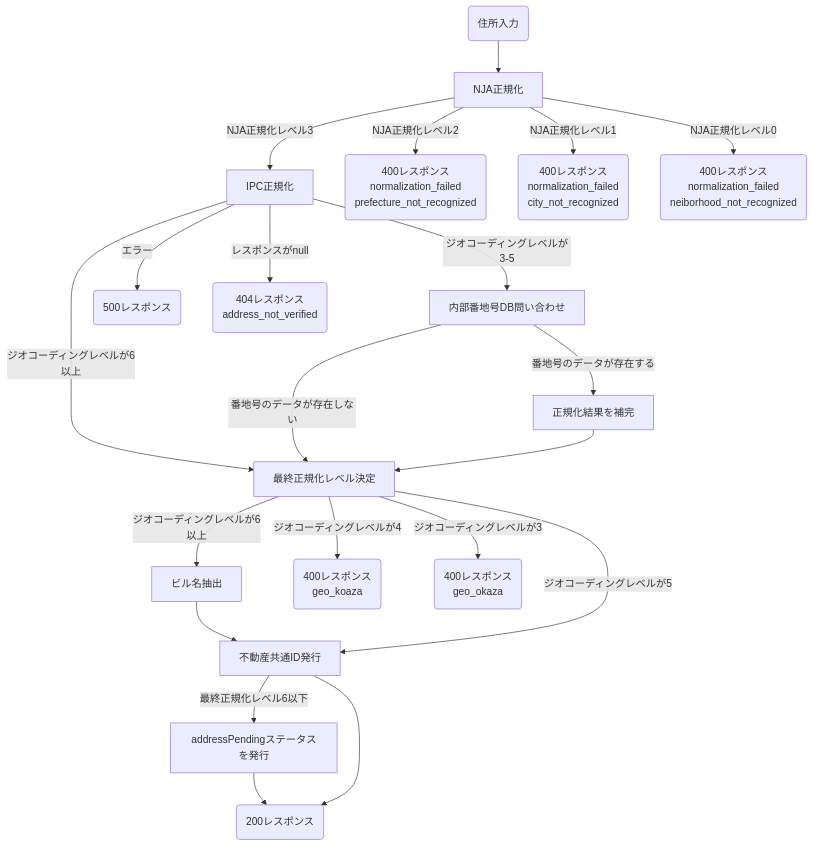
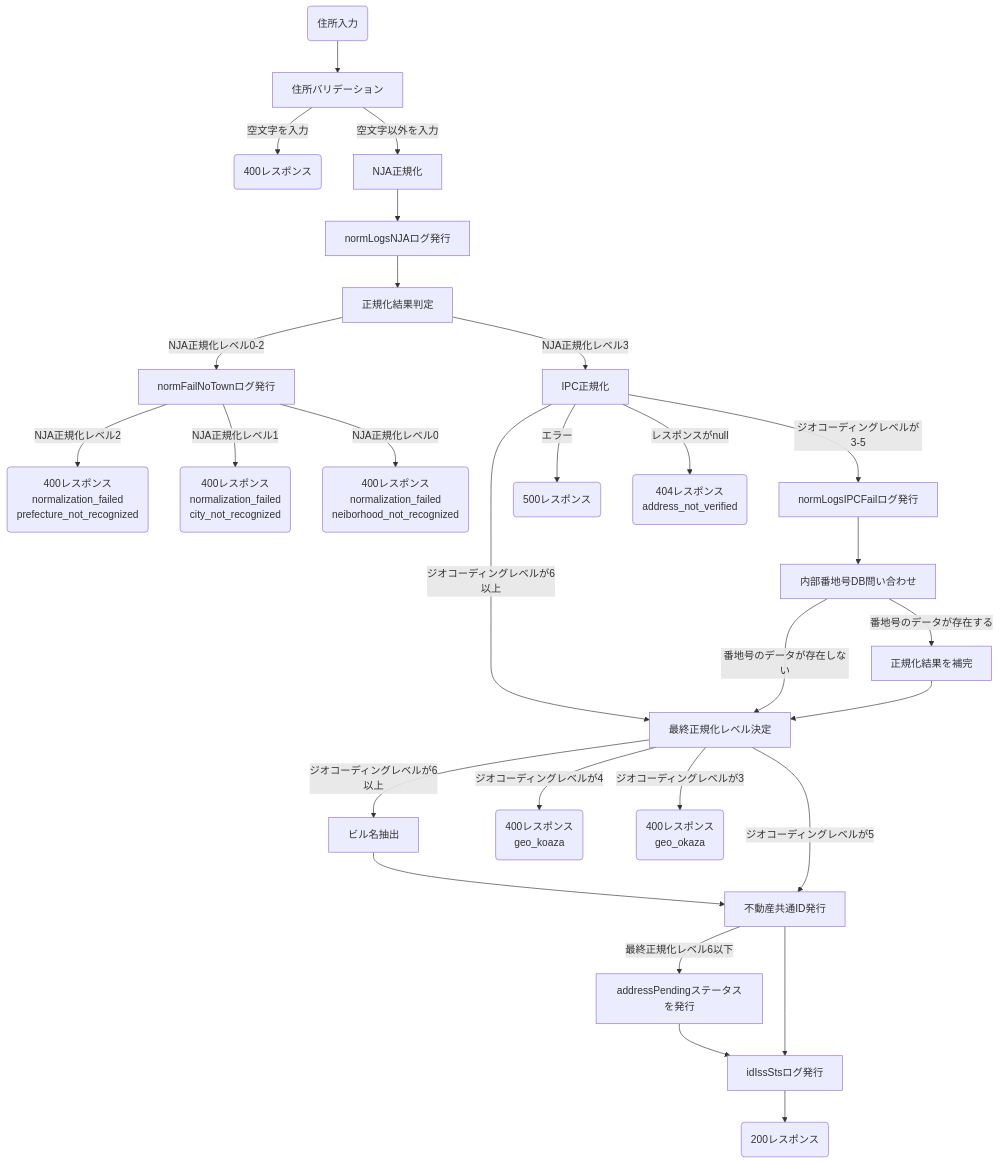
Before and after one commit to geolonia/prop-id-api: the diagram in docs/id-issuance-flow.md, drawn with Mermaid.

Commit message:
Add logging process with flow diagram

````diff
--- a/docs/id-issuance-flow.md
+++ b/docs/id-issuance-flow.md
@@ -3,26 +3,36 @@
 ```mermaid
 graph TD
 
-input(住所入力) --> NJA_norm[NJA正規化]
+input(住所入力) --> validation[住所バリデーション]
 
-NJA_norm -- NJA正規化レベル3 --> IPC_norm[IPC正規化]
-NJA_norm -- NJA正規化レベル2 --> NJA_error_2(400レスポンス<br>normalization_failed<br>prefecture_not_recognized)
-NJA_norm -- NJA正規化レベル1 --> NJA_error_1(400レスポンス<br>normalization_failed<br>city_not_recognized)
-NJA_norm -- NJA正規化レベル0 --> NJA_error_0(400レスポンス<br>normalization_failed<br>neiborhood_not_recognized)
+validation -- 空文字を入力 --> validation_error(400レスポンス)
+validation -- 空文字以外を入力 --> NJA_norm[NJA正規化]
+
+NJA_norm --> normLogsNJA[normLogsNJAログ発行]
+normLogsNJA --> NJA_norm_level[正規化結果判定]
+NJA_norm_level -- NJA正規化レベル0-2 --> normFailNoTown
+NJA_norm_level -- NJA正規化レベル3 --> IPC_norm[IPC正規化]
+
+normFailNoTown[normFailNoTownログ発行]
+normFailNoTown -- NJA正規化レベル2 --> NJA_error_2(400レスポンス<br>normalization_failed<br>prefecture_not_recognized)
+normFailNoTown -- NJA正規化レベル1 --> NJA_error_1(400レスポンス<br>normalization_failed<br>city_not_recognized)
+normFailNoTown -- NJA正規化レベル0 --> NJA_error_0(400レスポンス<br>normalization_failed<br>neiborhood_not_recognized)
+
 
 IPC_norm -- ジオコーディングレベルが6以上 --> norm_finalize[最終正規化レベル決定]
-IPC_norm -- ジオコーディングレベルが3-5 --> query_internal_banchigo[内部番地号DB問い合わせ]
+IPC_norm -- ジオコーディングレベルが3-5 --> normLogsIPCFailログ発行 --> query_internal_banchigo[内部番地号DB問い合わせ]
 IPC_norm -- エラー --> IPC_error_500(500レスポンス)
 IPC_norm -- レスポンスがnull --> IPC_error_null(404レスポンス<br>address_not_verified)
 
 query_internal_banchigo -- 番地号のデータが存在しない --> norm_finalize
 query_internal_banchigo -- 番地号のデータが存在する --> 正規化結果を補完 --> norm_finalize
 
 norm_finalize -- ジオコーディングレベルが6以上 --> ビル名抽出 --> issue_prop_id[不動産共通ID発行]
 norm_finalize -- ジオコーディングレベルが5 --> issue_prop_id
 norm_finalize -- ジオコーディングレベルが4 --> id_issue_error_4(400レスポンス<br>geo_koaza)
 norm_finalize -- ジオコーディングレベルが3 --> id_issue_error_3(400レスポンス<br>geo_okaza)
 
-issue_prop_id -- 最終正規化レベル6以下 --> addressPendingステータスを発行 --> id_issue_ok(200レスポンス)
-issue_prop_id --> id_issue_ok
+issue_prop_id -- 最終正規化レベル6以下 --> addressPendingステータスを発行 --> idIssSts
+issue_prop_id --> idIssSts[idIssStsログ発行]
+idIssSts --> id_issue_ok(200レスポンス)
 ```
````
